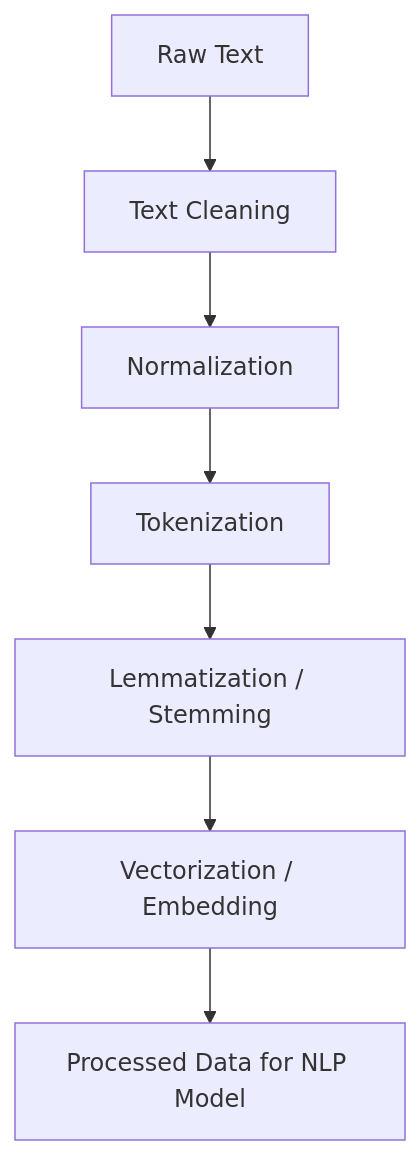
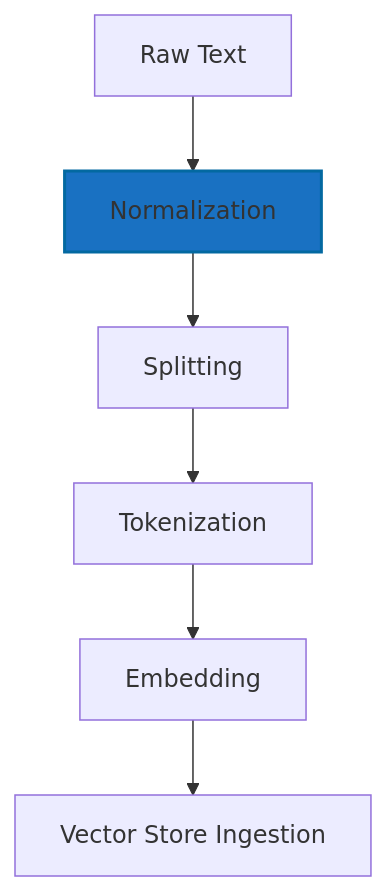
The first of 2 diagrams in 02-NLP-NLU-NLG-Comprehension/02-1-NLP-Processing-Language/02-1-1-Text-Preprocessing-Cleaning-Normalization.md (gil-son/llm-engineering-lab), drawn with Mermaid before and after one commit. The commit also changed other lines of this file, not shown here.

First line of the commit message:
docs: revise text preprocessing section and headings

````diff
--- a/02-NLP-NLU-NLG-Comprehension/02-1-NLP-Processing-Language/02-1-1-Text-Preprocessing-Cleaning-Normalization.md
+++ b/02-NLP-NLU-NLG-Comprehension/02-1-NLP-Processing-Language/02-1-1-Text-Preprocessing-Cleaning-Normalization.md
@@ -79,9 +63,9 @@
 ```mermaid
 graph TD
-    A[Raw Text] --> B[Text Cleaning]
-    B --> C[Normalization]
+    A[Raw Text] --> B[Normalization]
+    style B fill:#1971c2,stroke:#0369a1,stroke-width:2px
+    B --> C[Splitting]
     C --> D[Tokenization]
-    D --> E[Lemmatization / Stemming]
-    E --> F[Vectorization / Embedding]
-    F --> G[Processed Data for NLP Model]
+    D --> E[Embedding]
+    E --> F[Vector Store Ingestion]
 ```
````
